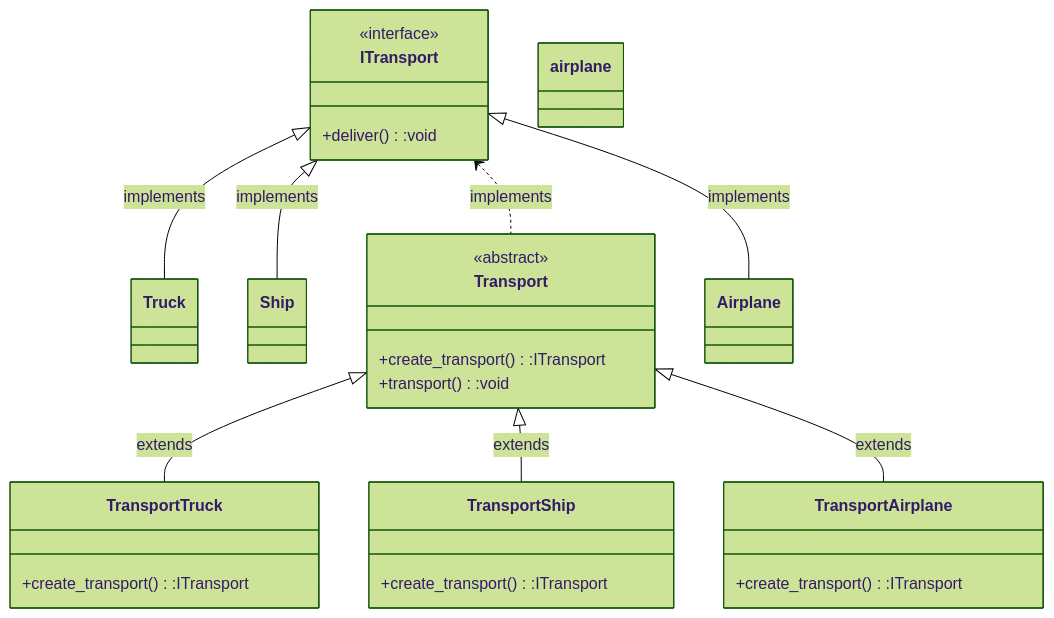
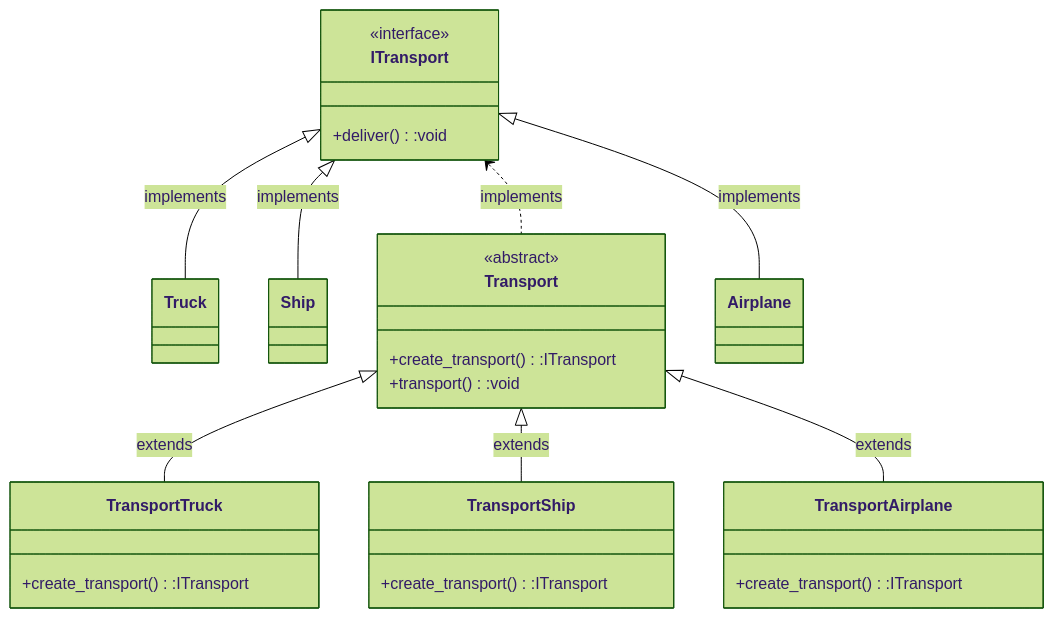
The third of 3 diagrams in Design-Patterns-v0/README.md (TaiChi112/TYPESCRIPT), drawn with Mermaid (forest theme) before and after one commit.

````diff
--- a/Design-Patterns-v0/README.md
+++ b/Design-Patterns-v0/README.md
@@ -79,36 +79,34 @@
 ```mermaid
 classDiagram
     class ITransport{
         <<interface>>
         +deliver():void
     }
     class Truck{
 
     }
     class Ship{
 
-    }
-    class airplane{
     }
     class Transport{
         <<abstract>>
         +create_transport():ITransport
         +transport():void
     }
     class TransportTruck{
         +create_transport():ITransport
     }
     class TransportShip{
         +create_transport():ITransport
     }
     class TransportAirplane{
         +create_transport():ITransport
     }
     ITransport <|-- Truck:implements
     ITransport <|-- Ship:implements
     ITransport <|-- Airplane:implements
     Transport <|-- TransportTruck:extends
     Transport <|-- TransportShip:extends
     Transport <|-- TransportAirplane:extends
     ITransport <.. Transport:implements
 ```
````
